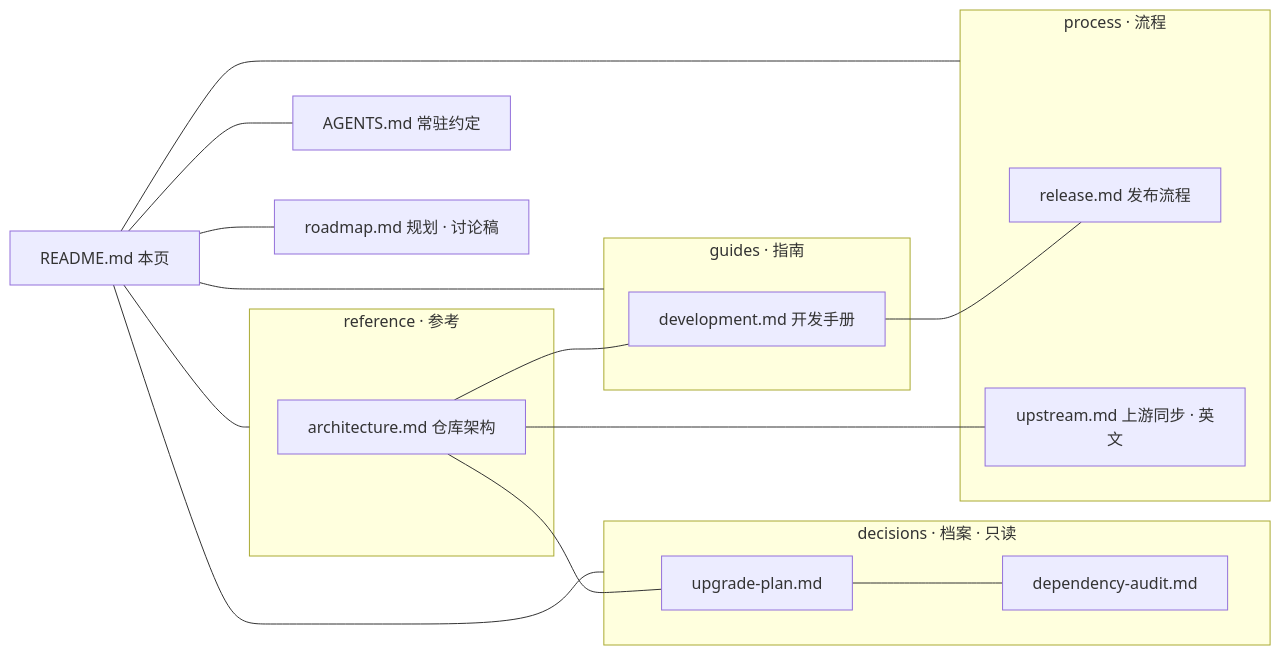
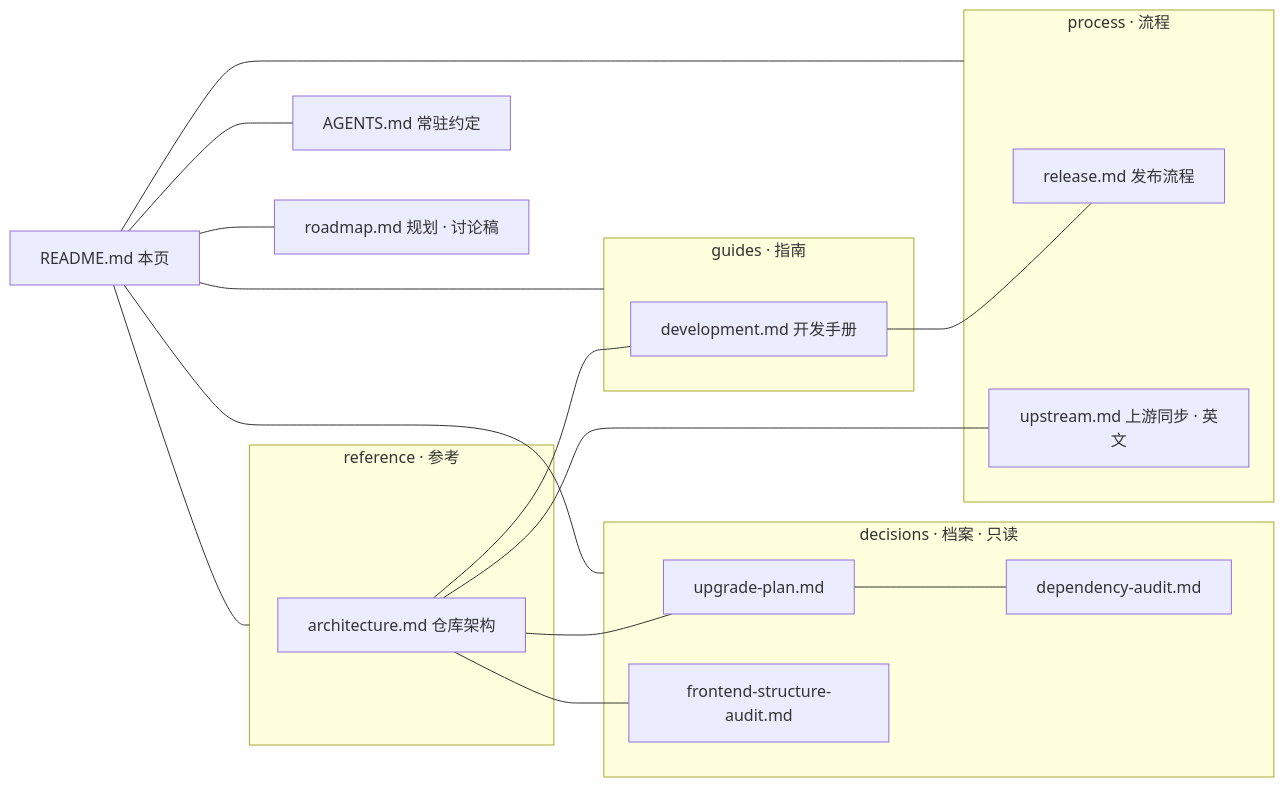
Before and after one commit to Koishi-CE/koishi: the diagram in docs/README.md, drawn with Mermaid. The commit also changed other lines of this file and 1 other file, not shown here.

Commit message:
docs: 新增前端组织规范性审查报告
对 packages/web/* 与 plugins/webui/* 做一次现势审查：梳理实然职责分区（宿主 SPA / 浏览器运行时库 / 构建器 / 组件库 / 插件双面包）、钉死构建与类型接线锚点，并列出 4 项结构性问题、6 项一致性问题与 5 项命名细节，附分级整改建议与职责速查表。文档索引同步登记。

````diff
--- a/docs/README.md
+++ b/docs/README.md
@@ -10,31 +10,33 @@
 ```mermaid
 flowchart LR
   R["README.md 本页"]
   AG["AGENTS.md 常驻约定"]
   RM["roadmap.md 规划 · 讨论稿"]
   subgraph G["guides · 指南"]
     DEV["development.md 开发手册"]
   end
   subgraph RF["reference · 参考"]
     ARC["architecture.md 仓库架构"]
   end
   subgraph P["process · 流程"]
     REL["release.md 发布流程"]
     UP["upstream.md 上游同步 · 英文"]
   end
   subgraph D["decisions · 档案 · 只读"]
     P1["upgrade-plan.md"]
     P2["dependency-audit.md"]
+    P3["frontend-structure-audit.md"]
   end
   R --- AG
   R --- RM
   R --- G
   R --- RF
   R --- P
   R --- D
   ARC --- DEV
   DEV --- REL
   ARC --- UP
   ARC --- P1
   P1 --- P2
+  ARC --- P3
 ```
````
